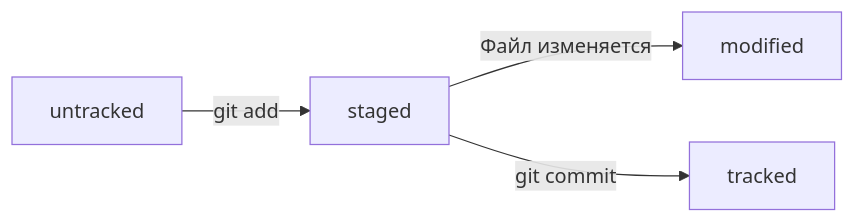
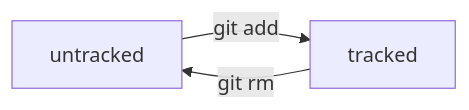
Before and after one commit to ancapkolya/git-cheat-sheet: the first of 2 diagrams in README.md, drawn with Mermaid. The commit also changed other lines of this file, not shown here.

````diff
--- a/README.md
+++ b/README.md
@@ -73,6 +74,5 @@
 ```mermaid
 graph LR;
-	untracked -- "git add" --> staged
-	staged -- "Файл изменяется" --> modified
-	staged -- "git commit" --> tracked
+	untracked -- "git add" --> tracked
+	tracked -- "git rm" --> untracked
 ```
````
